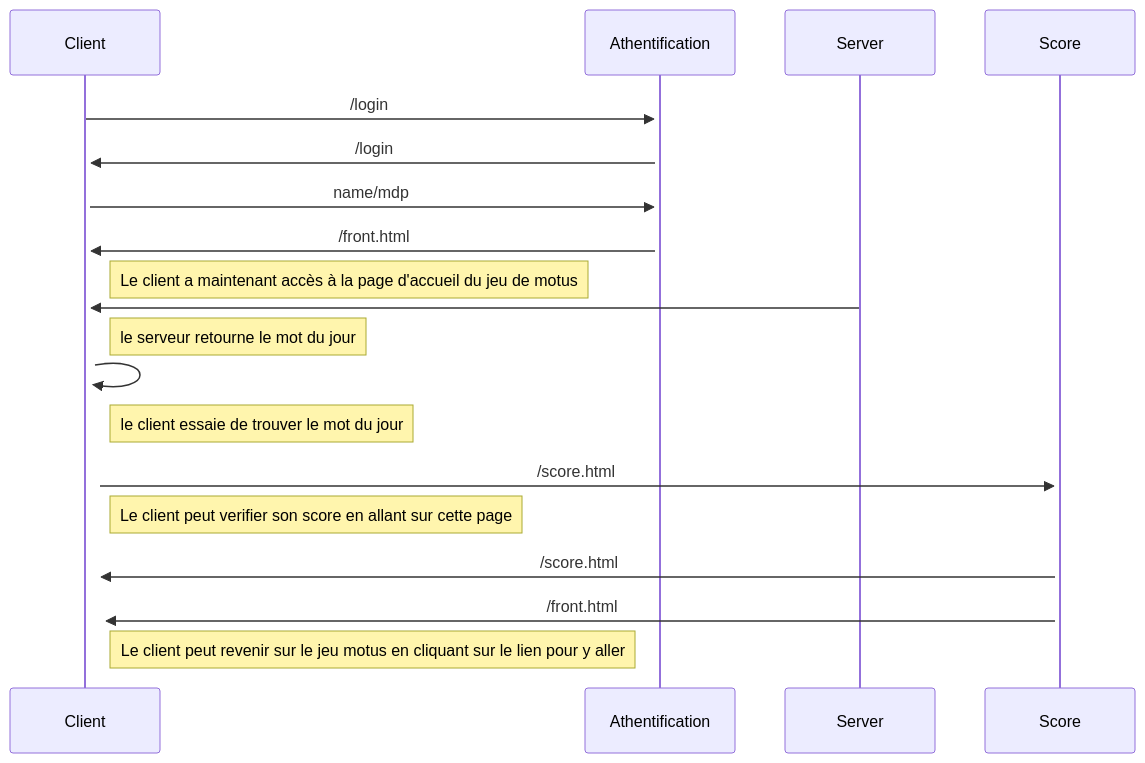
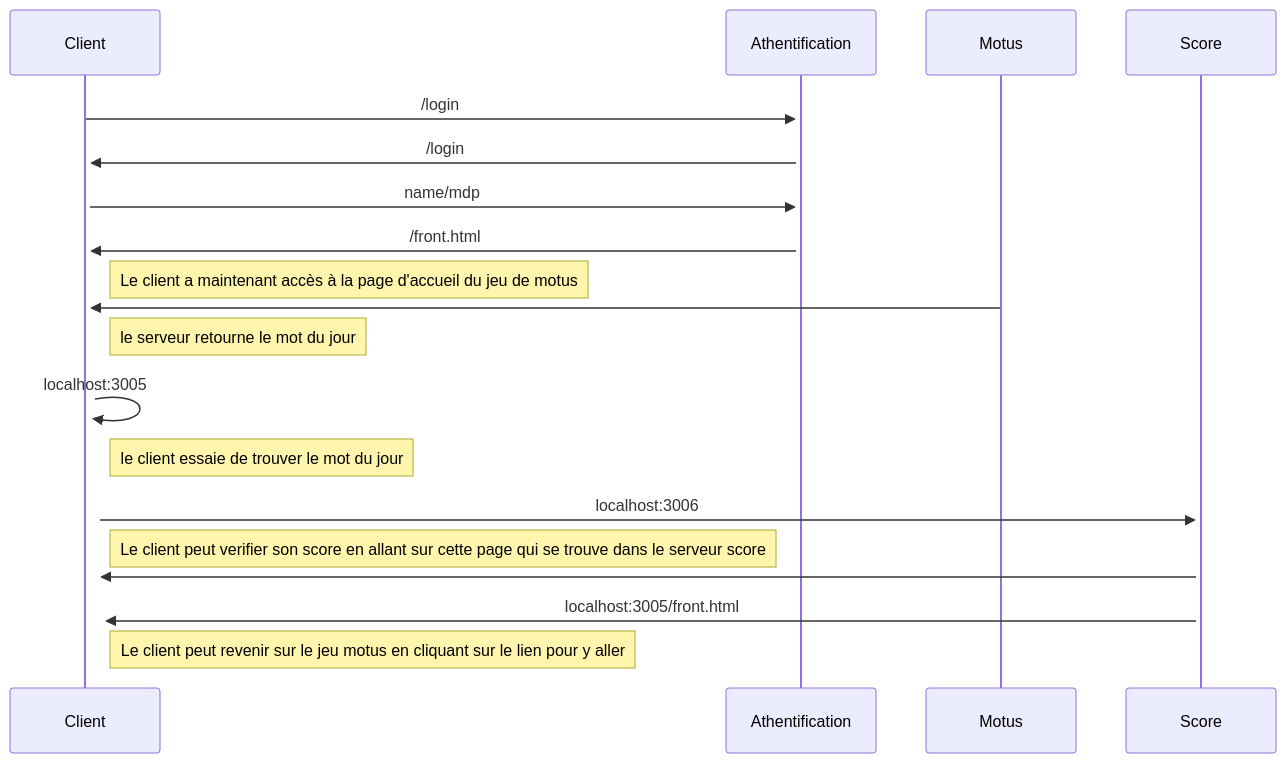
Before and after one commit to RadoDominique/motus: the diagram in README.md, drawn with Mermaid. The commit also changed other lines of this file and 1279 other files, not shown here.

````diff
--- a/README.md
+++ b/README.md
@@ -30,18 +26,18 @@
 ```mermaid
 
 sequenceDiagram
     Client->>+Athentification: /login
     Athentification->>+Client: /login
     Client->>Athentification: name/mdp
     Athentification->>Client:/front.html
     Note right of Client: Le client a maintenant accès à la page d'accueil du jeu de motus
-    Server->>+Client : 
+    Motus->>+Client : 
     note right of Client : le serveur retourne le mot du jour
-    Client->>+Client: 
+    Client->>+Client: localhost:3005
     note right of Client: le client essaie de trouver le mot du jour
-    Client->>+Score: /score.html
-    note right of Client: Le client peut verifier son score en allant sur cette page
-    Score->>+Client: /score.html
-    Score->>+Client: /front.html
+    Client->>+Score: localhost:3006
+    note right of Client: Le client peut verifier son score en allant sur cette page qui se trouve dans le serveur score
+    Score->>+Client: 
+    Score->>+Client: localhost:3005/front.html
     note right of Client: Le client peut revenir sur le jeu motus en cliquant sur le lien pour y aller
  ```
````
